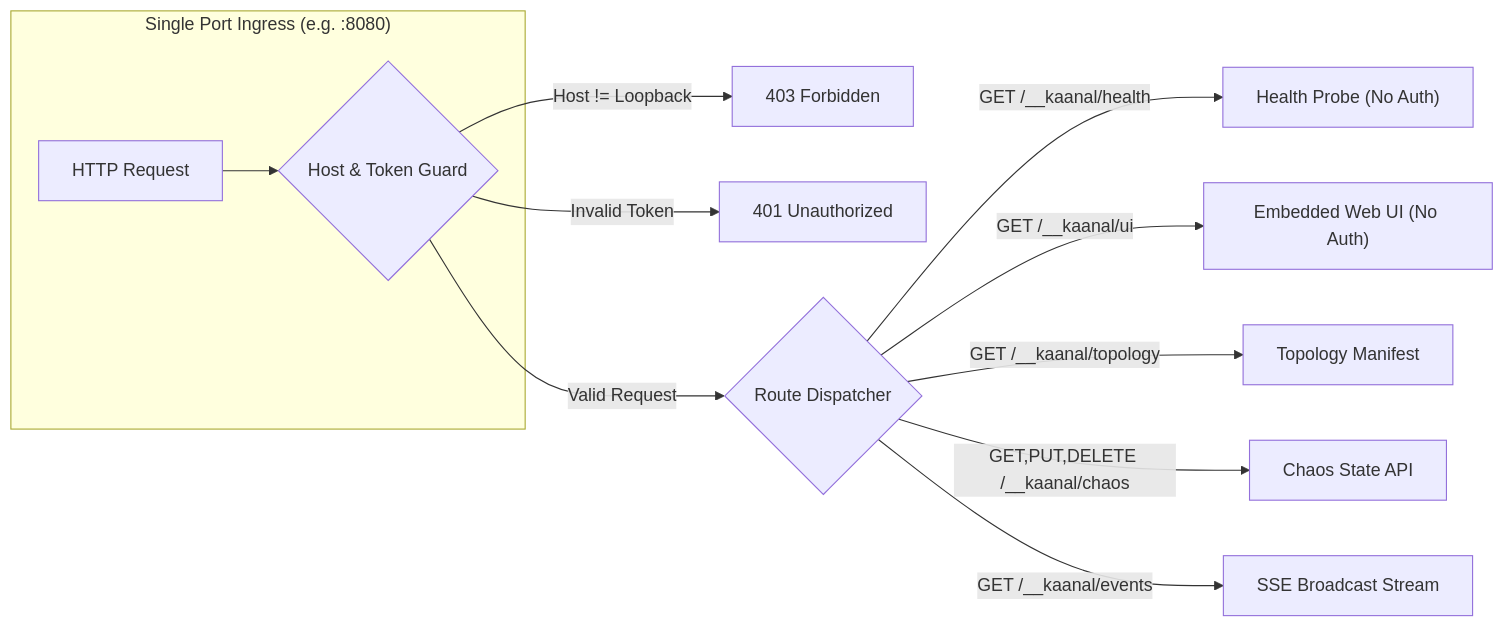
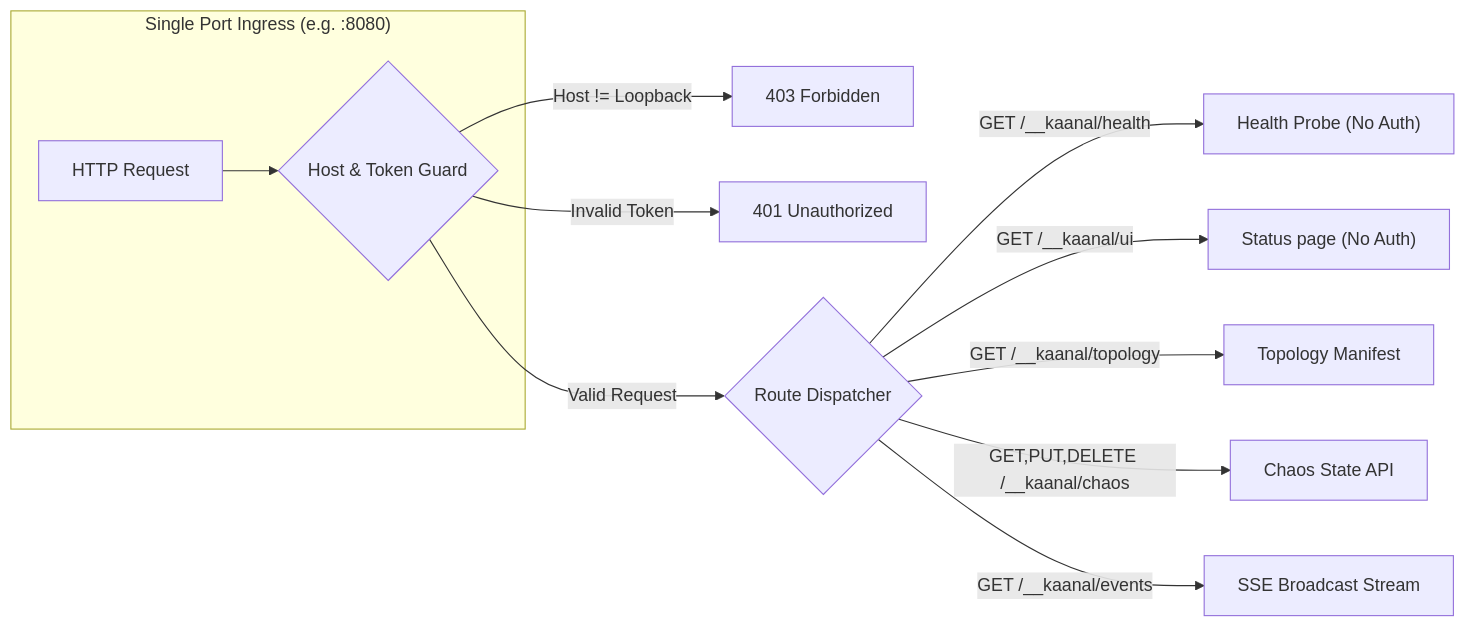
The sixth of 7 diagrams in docs/source/architecture.md (Naveen2070/kaanal), drawn with Mermaid before and after one commit. The commit also changed other lines of this file and 27 other files, not shown here.

First line of the commit message:
feat(server): the plan record carries the report's sentences, a token-less status page, a richer health route

````diff
--- a/docs/source/architecture.md
+++ b/docs/source/architecture.md
@@ -246,16 +246,16 @@
 ```mermaid
 flowchart LR
     subgraph Ingress["Single Port Ingress (e.g. :8080)"]
         Req["HTTP Request"] --> Guard{"Host & Token Guard"}
     end
 
     Guard -->|Host != Loopback| R403["403 Forbidden"]
     Guard -->|Invalid Token| R401["401 Unauthorized"]
     Guard -->|Valid Request| Dispatcher{"Route Dispatcher"}
 
     Dispatcher -->|GET /__kaanal/health| Health["Health Probe (No Auth)"]
-    Dispatcher -->|GET /__kaanal/ui| UI["Embedded Web UI (No Auth)"]
+    Dispatcher -->|GET /__kaanal/ui| UI["Status page (No Auth)"]
     Dispatcher -->|GET /__kaanal/topology| Topo["Topology Manifest"]
     Dispatcher -->|GET,PUT,DELETE /__kaanal/chaos| Chaos["Chaos State API"]
     Dispatcher -->|GET /__kaanal/events| SSE["SSE Broadcast Stream"]
 ```
````
